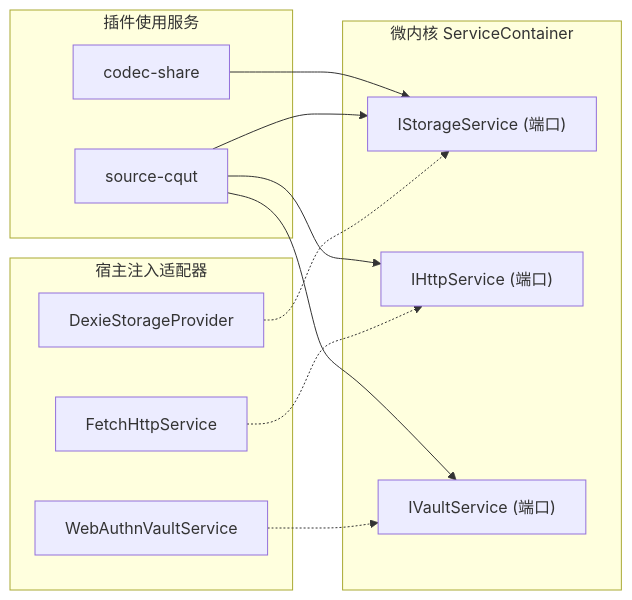
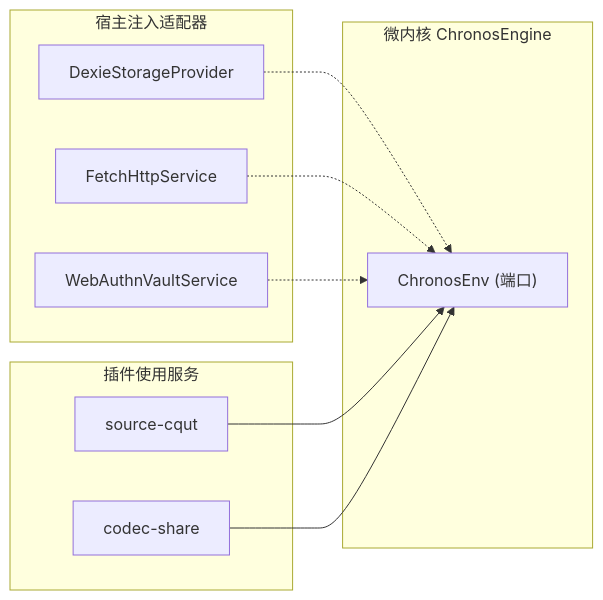
Before and after one commit to CQUT-OpenProject/Chronos: the diagram in .agents/docs/adr/0002-service-container-and-ports-adapters.md, drawn with Mermaid. The commit also changed other lines of this file and 185 other files, not shown here.

````diff
--- a/.agents/docs/adr/0002-service-container-and-ports-adapters.md
+++ b/.agents/docs/adr/0002-service-container-and-ports-adapters.md
@@ -24,28 +24,24 @@
 ```mermaid
 flowchart LR
     subgraph Host [宿主注入适配器]
         DexieAdapt[DexieStorageProvider]
         WebFetch[FetchHttpService]
         WebAuthn[WebAuthnVaultService]
     end
 
-    subgraph Core [微内核 ServiceContainer]
-        StoragePort["IStorageService (端口)"]
-        HttpPort["IHttpService (端口)"]
-        VaultPort["IVaultService (端口)"]
+    subgraph Core [微内核 ChronosEngine]
+        Env["ChronosEnv (端口)"]
     end
 
     subgraph Plugins [插件使用服务]
         CQUTPlugin[source-cqut]
         SharePlugin[codec-share]
     end
 
-    DexieAdapt -.-> StoragePort
-    WebFetch -.-> HttpPort
-    WebAuthn -.-> VaultPort
+    DexieAdapt -.-> Env
+    WebFetch -.-> Env
+    WebAuthn -.-> Env
 
-    CQUTPlugin --> StoragePort
-    CQUTPlugin --> HttpPort
-    CQUTPlugin --> VaultPort
-    SharePlugin --> StoragePort
+    CQUTPlugin --> Env
+    SharePlugin --> Env
 ```
````
